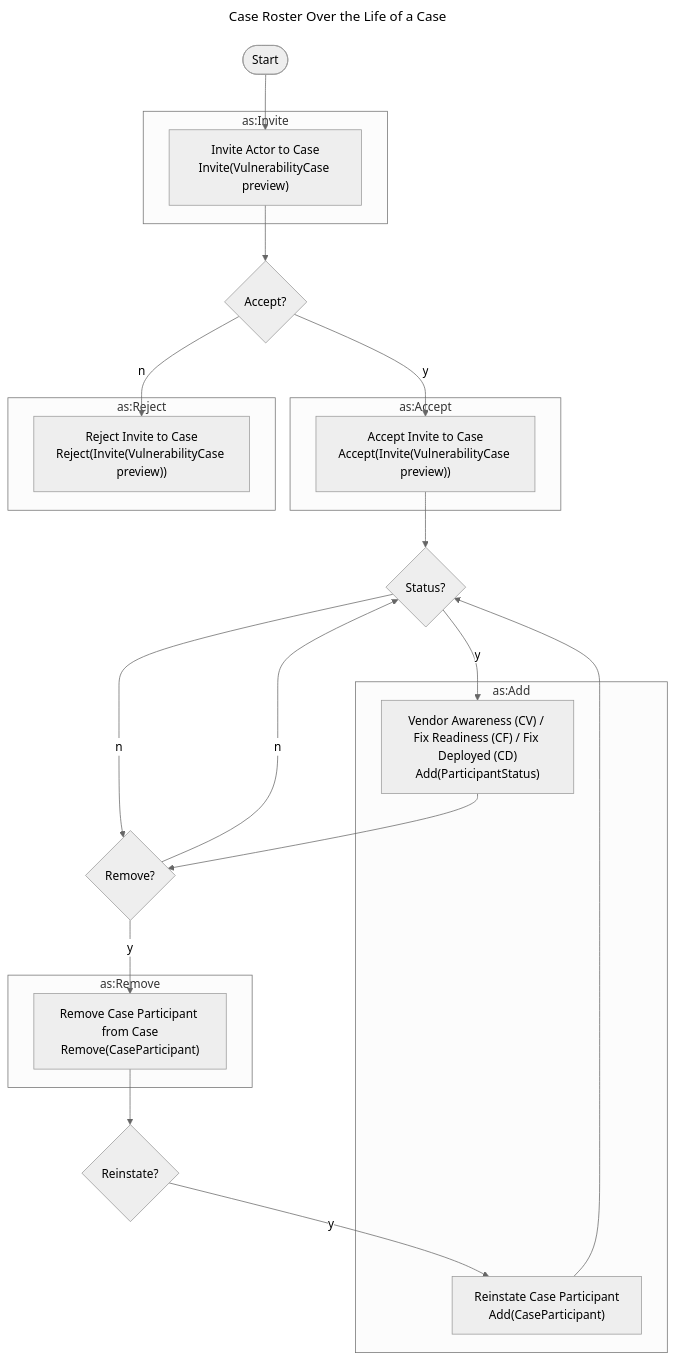
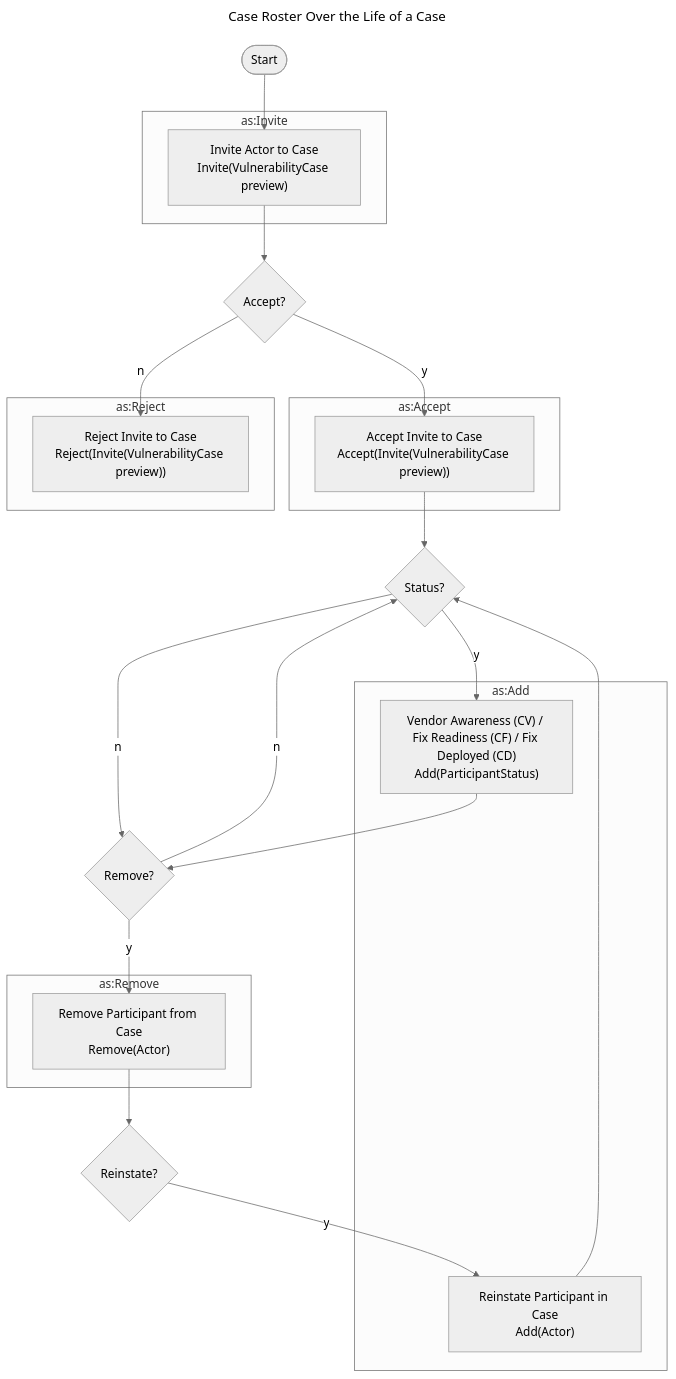
One commit to CERTCC/Vultron changed the diagram in docs/howto/activitypub/activities/manage_participants.md. Above: the diagram before and after it, drawn with Mermaid (neutral theme). The commit also changed other lines of this file and 115 other files, not shown here.

````diff
--- a/docs/howto/activitypub/activities/manage_participants.md
+++ b/docs/howto/activitypub/activities/manage_participants.md
@@ -37,37 +37,37 @@
 ```mermaid
 ---
 title: Case Roster Over the Life of a Case
 ---
 flowchart TB
     subgraph as:Invite
         RmInviteToCase["Invite Actor to Case<br/>Invite(VulnerabilityCase preview)"]
     end
     subgraph as:Accept
         RmAcceptInviteToCase["Accept Invite to Case<br/>Accept(Invite(VulnerabilityCase preview))"]
     end
     subgraph as:Reject
         RmRejectInviteToCase["Reject Invite to Case<br/>Reject(Invite(VulnerabilityCase preview))"]
     end
     subgraph as:Add
         AddStatusToParticipant["Vendor Awareness (CV) / Fix Readiness (CF) / Fix Deployed (CD)<br/>Add(ParticipantStatus)"]
-        AddParticipantToCase["Reinstate Case Participant<br/>Add(CaseParticipant)"]
+        AddParticipantToCase["Reinstate Participant in Case<br/>Add(Actor)"]
     end
     subgraph as:Remove
-        RemoveParticipantFromCase["Remove Case Participant from Case<br/>Remove(CaseParticipant)"]
+        RemoveParticipantFromCase["Remove Participant from Case<br/>Remove(Actor)"]
     end
     start([Start])
     start --> RmInviteToCase
     RmInviteToCase --> a{Accept?}
     a -->|y| RmAcceptInviteToCase
     a -->|n| RmRejectInviteToCase
     RmAcceptInviteToCase --> s{Status?}
 
     s -->|y| AddStatusToParticipant
     s -->|n| r{Remove?}
     AddStatusToParticipant --> r
     r -->|y| RemoveParticipantFromCase
     r -->|n| s
     RemoveParticipantFromCase --> b{Reinstate?}
     b -->|y| AddParticipantToCase
     AddParticipantToCase --> s
 ```
````
